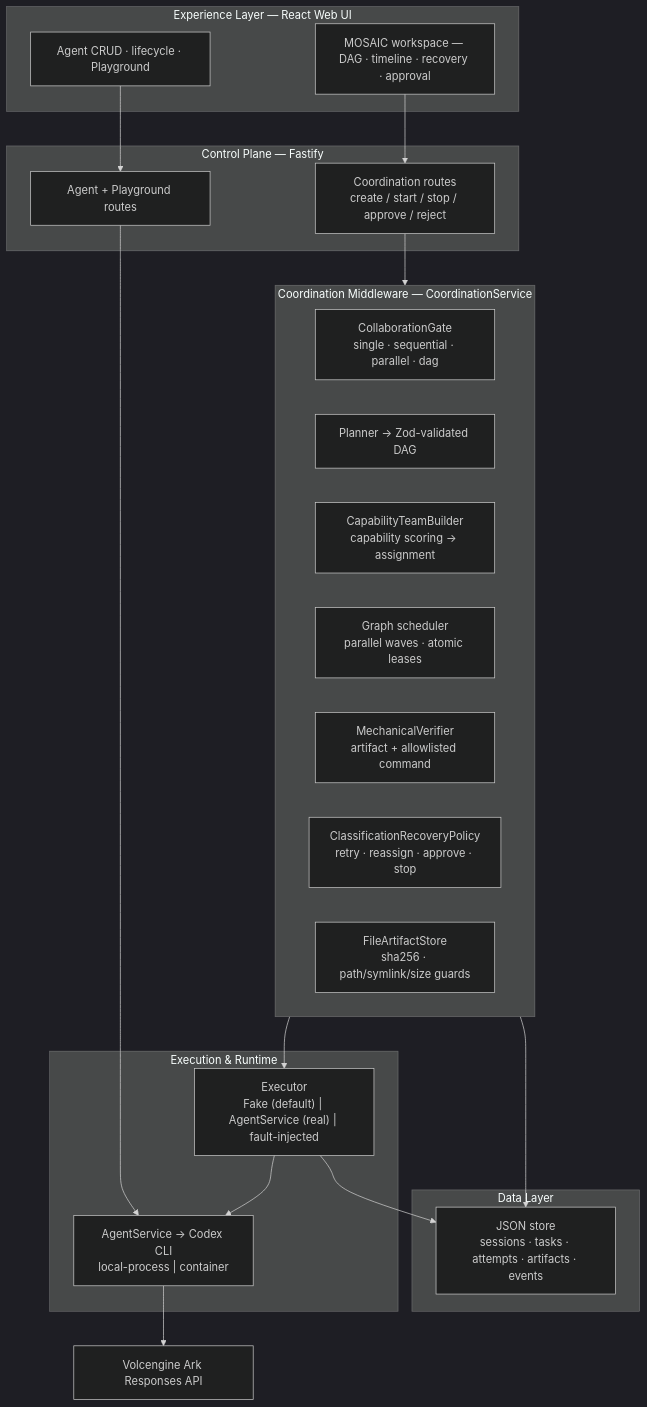
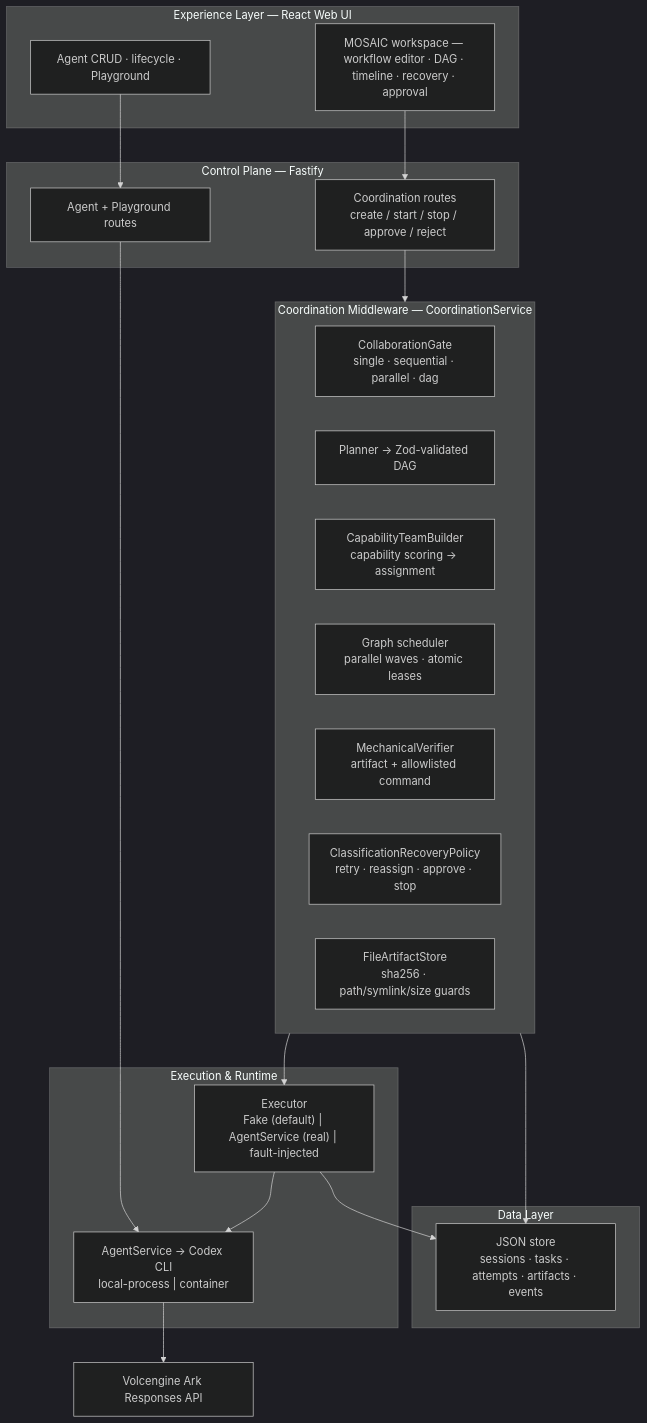
The first of 2 diagrams in docs/MOSAIC_ARCHITECTURE.md (coda707/CodeJam), drawn with Mermaid (dark theme) before and after one commit. The commit also changed other lines of this file and 9 other files, not shown here.

Commit message:
feat: add MOSAIC workflow editor

````diff
--- a/docs/MOSAIC_ARCHITECTURE.md
+++ b/docs/MOSAIC_ARCHITECTURE.md
@@ -14,41 +14,41 @@
 ```mermaid
 flowchart TB
     subgraph UX["Experience Layer — React Web UI"]
         UX_AGENT["Agent CRUD · lifecycle · Playground"]
-        UX_MOSAIC["MOSAIC workspace — DAG · timeline · recovery · approval"]
+        UX_MOSAIC["MOSAIC workspace — workflow editor · DAG · timeline · recovery · approval"]
     end
 
     subgraph API["Control Plane — Fastify"]
         API_AGENT["Agent + Playground routes"]
         API_COORD["Coordination routes<br/>create / start / stop / approve / reject"]
     end
 
     subgraph MID["Coordination Middleware — CoordinationService"]
         GATE["CollaborationGate<br/>single · sequential · parallel · dag"]
         PLAN["Planner → Zod-validated DAG"]
         TEAM["CapabilityTeamBuilder<br/>capability scoring → assignment"]
         SCHED["Graph scheduler<br/>parallel waves · atomic leases"]
         VERIF["MechanicalVerifier<br/>artifact + allowlisted command"]
         RECOV["ClassificationRecoveryPolicy<br/>retry · reassign · approve · stop"]
         ART["FileArtifactStore<br/>sha256 · path/symlink/size guards"]
     end
 
     subgraph EXEC["Execution & Runtime"]
         EXECUTOR["Executor<br/>Fake (default) | AgentService (real) | fault-injected"]
         RUNTIME["AgentService → Codex CLI<br/>local-process | container"]
     end
 
     subgraph DATA["Data Layer"]
         STORE["JSON store<br/>sessions · tasks · attempts · artifacts · events"]
     end
 
     UX_AGENT --> API_AGENT
     UX_MOSAIC --> API_COORD
     API_AGENT --> RUNTIME
     API_COORD --> MID
     MID --> EXECUTOR
     EXECUTOR --> RUNTIME
     RUNTIME --> ARK["Volcengine Ark Responses API"]
     MID --> STORE
     EXECUTOR --> STORE
 ```
````
